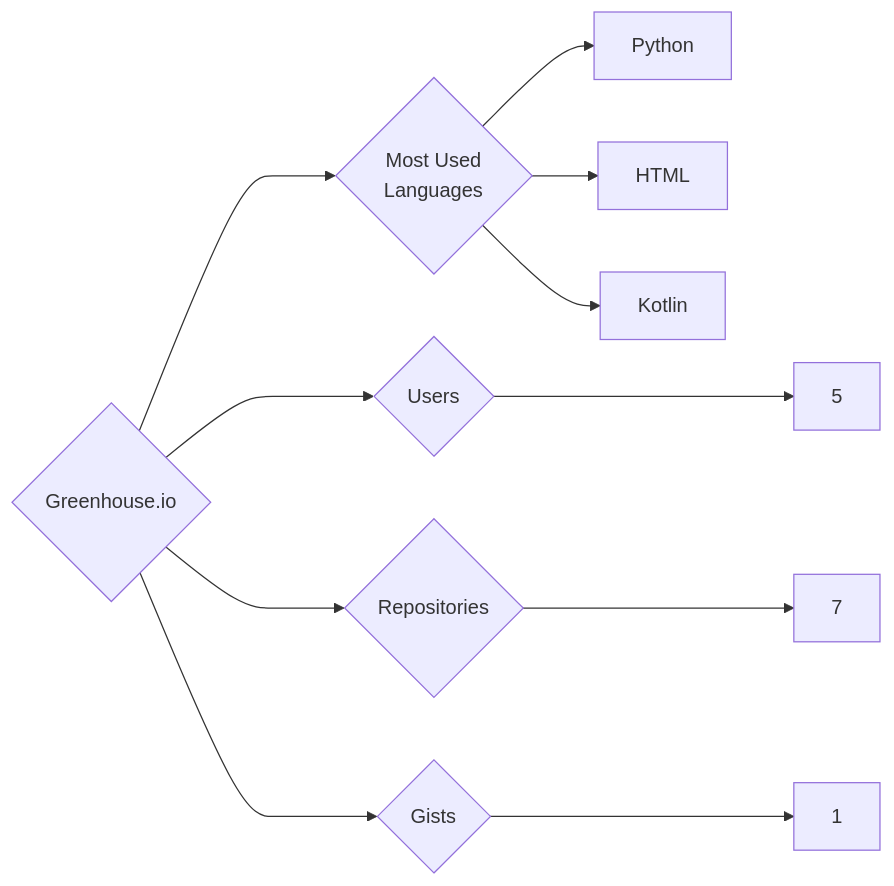
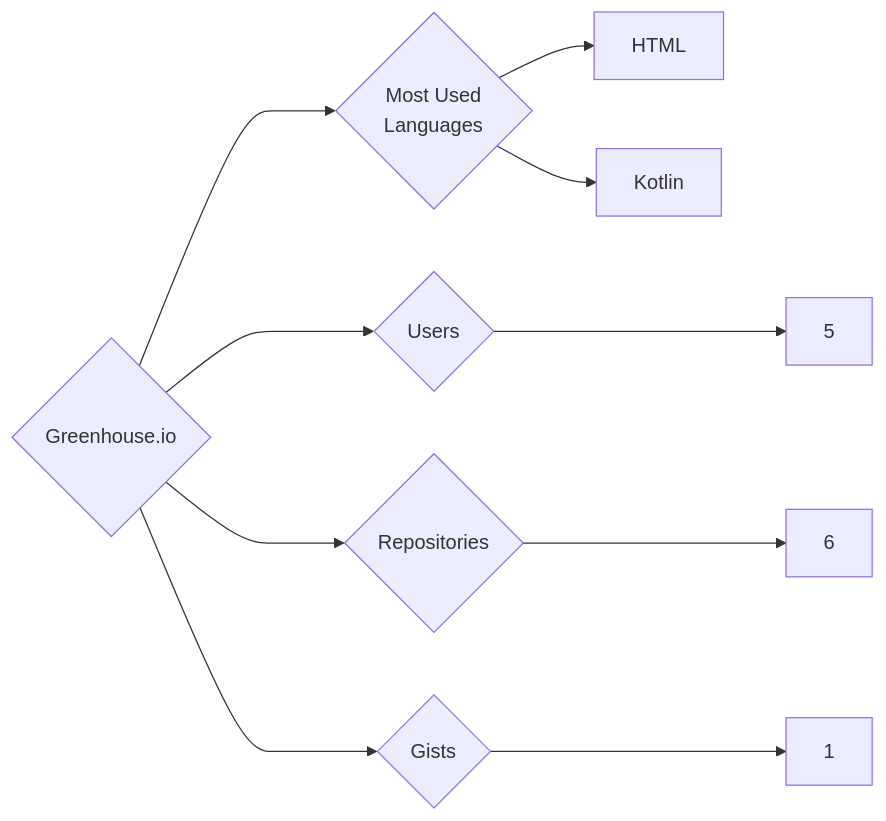
Before and after one commit to trickest/insiders: the diagram in targets/Greenhouse.io/README.md, drawn with Mermaid. The commit also changed 1166 other files, not shown here.

````diff
--- a/targets/Greenhouse.io/README.md
+++ b/targets/Greenhouse.io/README.md
@@ -3,11 +3,10 @@
 ```mermaid
 graph LR
 COMPANY_NAME{Greenhouse.io}
 COMPANY_NAME ---> U{Users} ---> UN[5]
-COMPANY_NAME ---> R{Repositories} ---> RN[7]
+COMPANY_NAME ---> R{Repositories} ---> RN[6]
 COMPANY_NAME ---> G{Gists} ---> GN[1]
 COMPANY_NAME ---> ML{Most Used<br>Languages}
-ML --> Python[Python]
 ML --> HTML[HTML]
 ML --> Kotlin[Kotlin]
 ```
````
